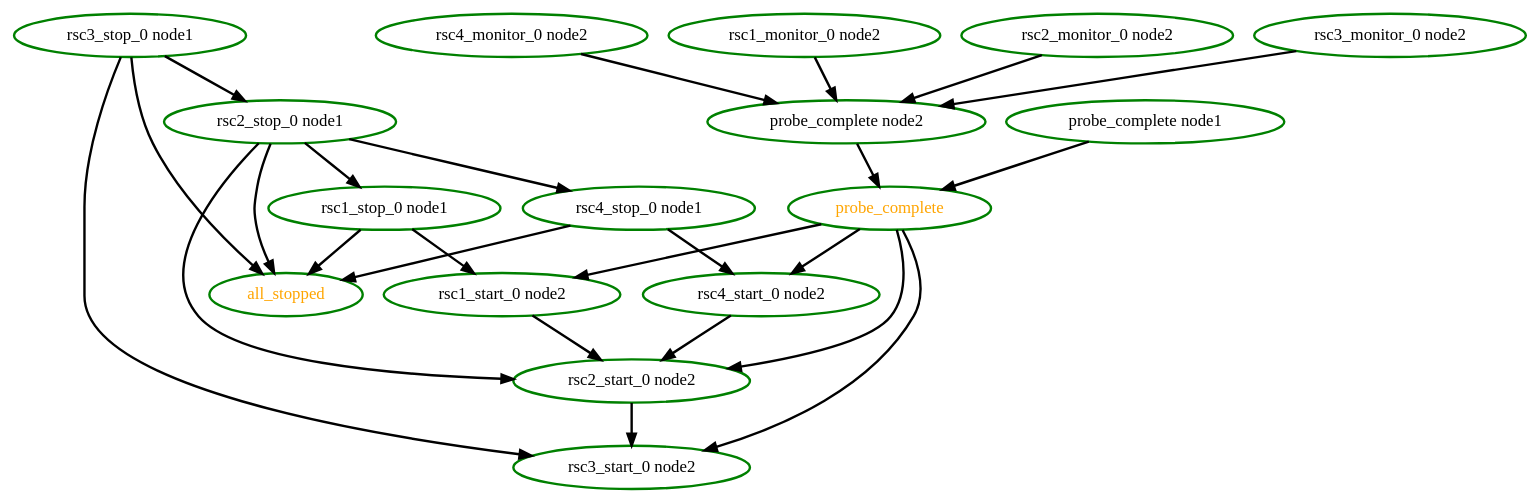
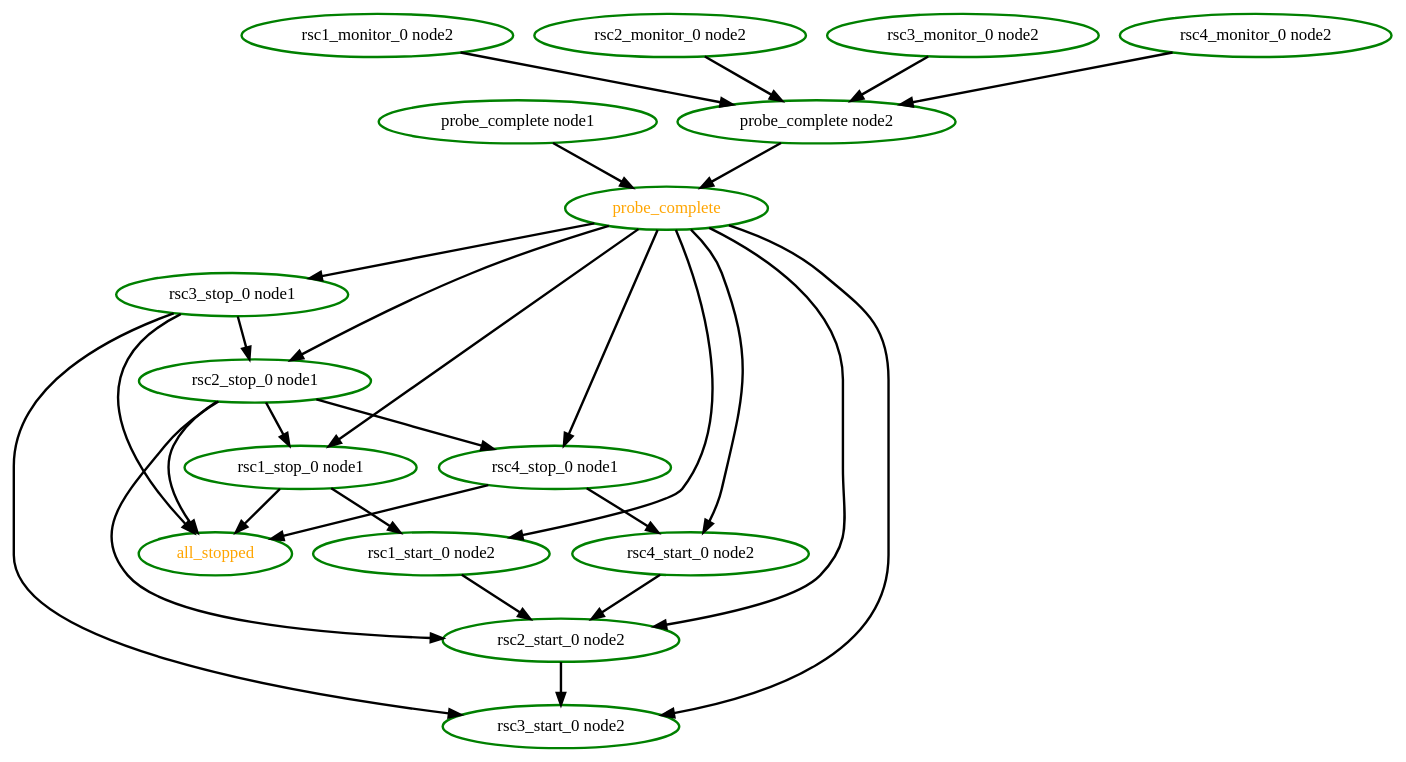
The diagram in pengine/testcases/order3.dot (linux-ha-japan/pm_diskd), drawn with Graphviz before and after one commit. The commit also changed 158 other files, not shown here.

Commit message:
Medium: PE: Bug LF:1926 - Probes should complete before stop actions are invoked

```diff
--- a/pengine/testcases/order3.dot
+++ b/pengine/testcases/order3.dot
@@ -1,42 +1,46 @@
  digraph "g" {
 "all_stopped" [ style=bold color="green" fontcolor="orange"  ]
 "probe_complete node1" -> "probe_complete" [ style = bold]
 "probe_complete node1" [ style=bold color="green" fontcolor="black" ]
 "probe_complete node2" -> "probe_complete" [ style = bold]
 "probe_complete node2" [ style=bold color="green" fontcolor="black" ]
 "probe_complete" -> "rsc1_start_0 node2" [ style = bold]
+"probe_complete" -> "rsc1_stop_0 node1" [ style = bold]
 "probe_complete" -> "rsc2_start_0 node2" [ style = bold]
+"probe_complete" -> "rsc2_stop_0 node1" [ style = bold]
 "probe_complete" -> "rsc3_start_0 node2" [ style = bold]
+"probe_complete" -> "rsc3_stop_0 node1" [ style = bold]
 "probe_complete" -> "rsc4_start_0 node2" [ style = bold]
+"probe_complete" -> "rsc4_stop_0 node1" [ style = bold]
 "probe_complete" [ style=bold color="green" fontcolor="orange" ]
 "rsc1_monitor_0 node2" -> "probe_complete node2" [ style = bold]
 "rsc1_monitor_0 node2" [ style=bold color="green" fontcolor="black" ]
 "rsc1_start_0 node2" -> "rsc2_start_0 node2" [ style = bold]
 "rsc1_start_0 node2" [ style=bold color="green" fontcolor="black" ]
 "rsc1_stop_0 node1" -> "all_stopped" [ style = bold]
 "rsc1_stop_0 node1" -> "rsc1_start_0 node2" [ style = bold]
 "rsc1_stop_0 node1" [ style=bold color="green" fontcolor="black" ]
 "rsc2_monitor_0 node2" -> "probe_complete node2" [ style = bold]
 "rsc2_monitor_0 node2" [ style=bold color="green" fontcolor="black" ]
 "rsc2_start_0 node2" -> "rsc3_start_0 node2" [ style = bold]
 "rsc2_start_0 node2" [ style=bold color="green" fontcolor="black" ]
 "rsc2_stop_0 node1" -> "all_stopped" [ style = bold]
 "rsc2_stop_0 node1" -> "rsc1_stop_0 node1" [ style = bold]
 "rsc2_stop_0 node1" -> "rsc2_start_0 node2" [ style = bold]
 "rsc2_stop_0 node1" -> "rsc4_stop_0 node1" [ style = bold]
 "rsc2_stop_0 node1" [ style=bold color="green" fontcolor="black" ]
 "rsc3_monitor_0 node2" -> "probe_complete node2" [ style = bold]
 "rsc3_monitor_0 node2" [ style=bold color="green" fontcolor="black" ]
 "rsc3_start_0 node2" [ style=bold color="green" fontcolor="black" ]
 "rsc3_stop_0 node1" -> "all_stopped" [ style = bold]
 "rsc3_stop_0 node1" -> "rsc2_stop_0 node1" [ style = bold]
 "rsc3_stop_0 node1" -> "rsc3_start_0 node2" [ style = bold]
 "rsc3_stop_0 node1" [ style=bold color="green" fontcolor="black" ]
 "rsc4_monitor_0 node2" -> "probe_complete node2" [ style = bold]
 "rsc4_monitor_0 node2" [ style=bold color="green" fontcolor="black" ]
 "rsc4_start_0 node2" -> "rsc2_start_0 node2" [ style = bold]
 "rsc4_start_0 node2" [ style=bold color="green" fontcolor="black" ]
 "rsc4_stop_0 node1" -> "all_stopped" [ style = bold]
 "rsc4_stop_0 node1" -> "rsc4_start_0 node2" [ style = bold]
 "rsc4_stop_0 node1" [ style=bold color="green" fontcolor="black" ]
 }
```
